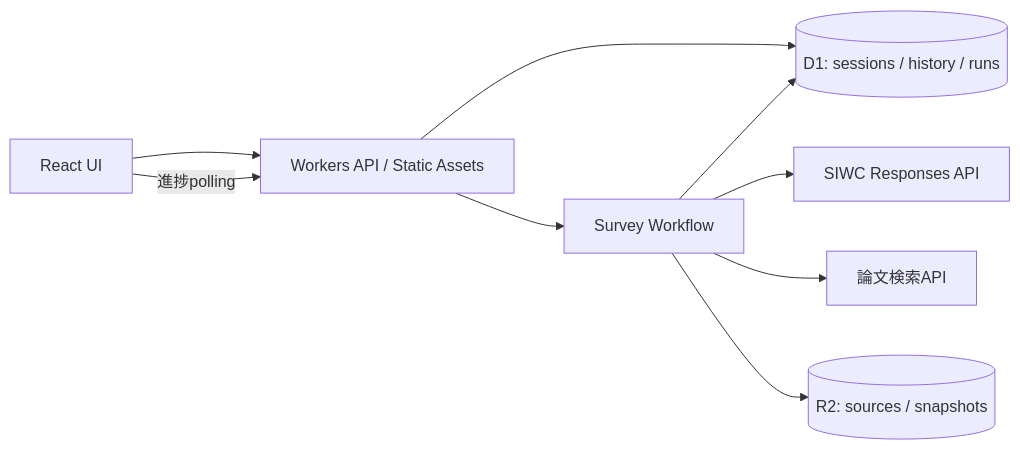
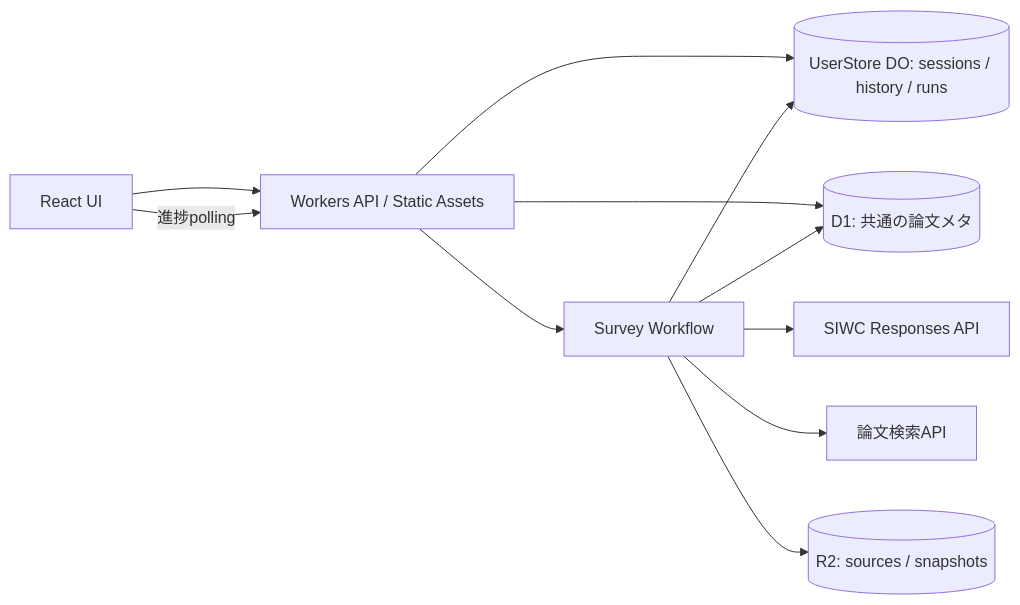
The diagram in docs/design/0001-mvp.md (bishopfunc/research_survey_agent_siwc), drawn with Mermaid before and after one commit. The commit also changed other lines of this file and 13 other files, not shown here.

````diff
--- a/docs/design/0001-mvp.md
+++ b/docs/design/0001-mvp.md
@@ -41,11 +43,13 @@
 ```mermaid
 flowchart LR
   Browser[React UI] --> Worker[Workers API / Static Assets]
-  Worker --> D1[(D1: sessions / history / runs)]
+  Worker --> User[(UserStore DO: sessions / history / runs)]
+  Worker --> Papers[(D1: 共通の論文メタ)]
   Worker --> Workflow[Survey Workflow]
   Workflow --> Model[SIWC Responses API]
   Workflow --> Search[論文検索API]
-  Workflow --> D1
+  Workflow --> User
+  Workflow --> Papers
   Workflow --> R2[(R2: sources / snapshots)]
   Browser -->|進捗polling| Worker
 ```
````
